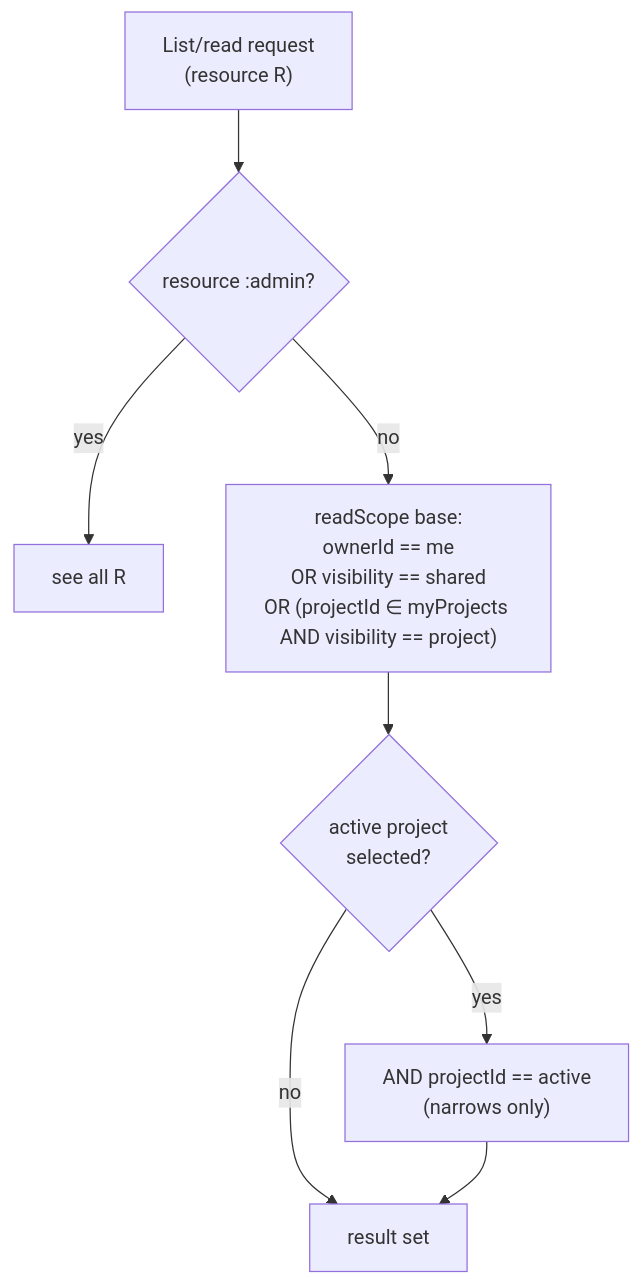
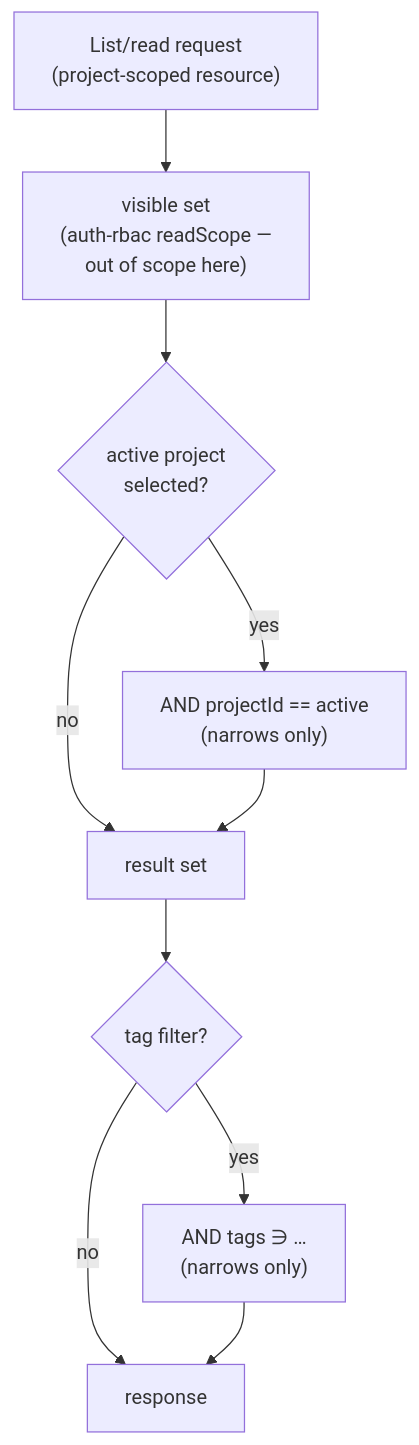
The second of 3 diagrams in docs/architecture/data-organization.md (Gile987/scope), drawn with Mermaid before and after one commit. The commit also changed other lines of this file, not shown here.

````diff
--- a/docs/architecture/data-organization.md
+++ b/docs/architecture/data-organization.md
@@ -333,10 +264,12 @@
 ```mermaid
 flowchart TB
-    Q["List/read request<br/>(resource R)"] --> A{"resource :admin?"}
-    A -- yes --> ALL["see all R"]
-    A -- no --> S["readScope base:<br/>ownerId == me<br/>OR visibility == shared<br/>OR (projectId ∈ myProjects AND visibility == project)"]
-    S --> C{"active project<br/>selected?"}
+    Q["List/read request<br/>(project-scoped resource)"] --> V["visible set<br/>(auth-rbac readScope —<br/>out of scope here)"]
+    V --> C{"active project<br/>selected?"}
     C -- yes --> N["AND projectId == active<br/>(narrows only)"]
     C -- no --> R["result set"]
     N --> R
+    R --> T{"tag filter?"}
+    T -- yes --> TF["AND tags ∋ …<br/>(narrows only)"]
+    T -- no --> OUT["response"]
+    TF --> OUT
 ```
````
